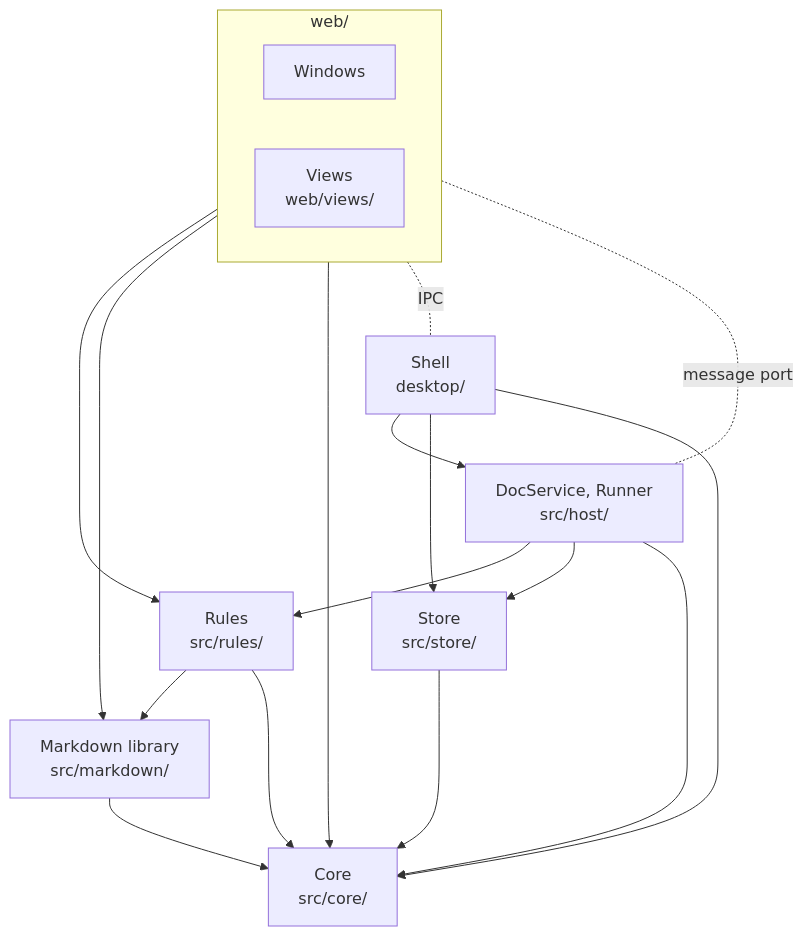
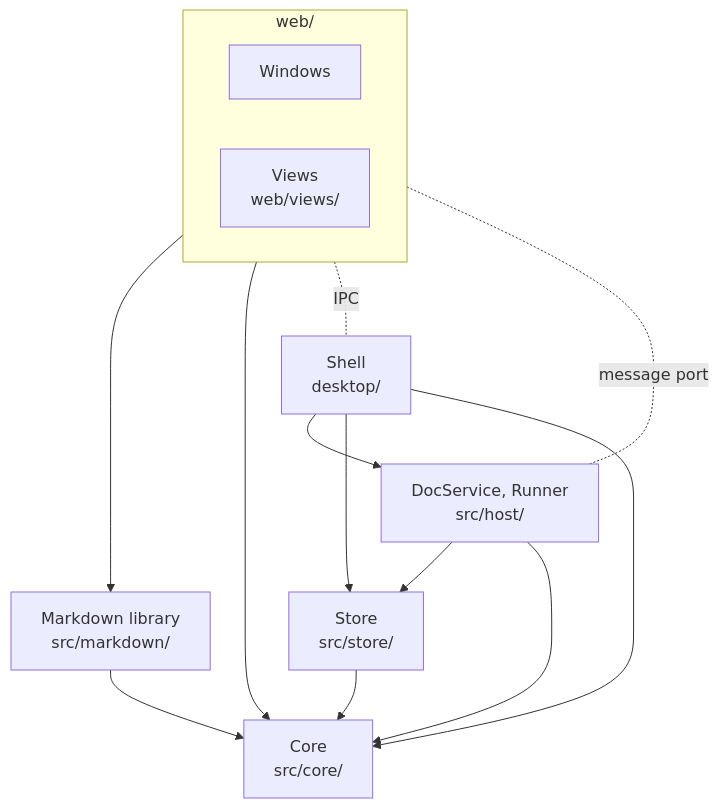
One commit to fanzhangg/open-doc changed the diagram in docs/architecture.md. Above: the diagram before and after it, drawn with Mermaid. The commit also changed other lines of this file and 34 other files, not shown here.

````diff
--- a/docs/architecture.md
+++ b/docs/architecture.md
@@ -93,21 +96,19 @@
 ```mermaid
 flowchart TD
   subgraph web["web/"]
     windows["Windows"]
     views["Views<br>web/views/"]
   end
   shell["Shell<br>desktop/"]
   host["DocService, Runner<br>src/host/"]
-  rules["Rules<br>src/rules/"]
   markdown["Markdown library<br>src/markdown/"]
   store["Store<br>src/store/"]
   core["Core<br>src/core/"]
   shell --> host & store & core
-  host --> rules & store & core
-  web --> rules & markdown & core
-  rules --> markdown & core
+  host --> store & core
+  web --> markdown & core
   markdown --> core
   store --> core
   web -. IPC .- shell
   web -. message port .- host
 ```
````
